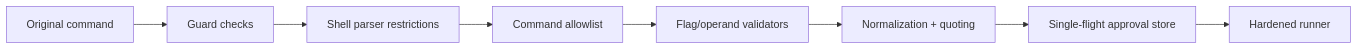
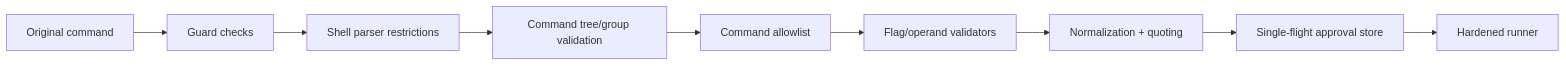
The fourth of 4 diagrams in ARCHITECTURE.md (blackhat-7/readonly-bash), drawn with Mermaid before and after one commit. The commit also changed other lines of this file and 2 other files, not shown here.

Commit message:
feat: enhance classifier with command tree parsing and safe shell subset enforcement

````diff
--- a/ARCHITECTURE.md
+++ b/ARCHITECTURE.md
@@ -79,10 +92,11 @@
 ```mermaid
 flowchart LR
   A[Original command] --> B[Guard checks]
   B --> C[Shell parser restrictions]
-  C --> D[Command allowlist]
-  D --> E[Flag/operand validators]
-  E --> F[Normalization + quoting]
-  F --> G[Single-flight approval store]
-  G --> H[Hardened runner]
+  C --> D[Command tree/group validation]
+  D --> E[Command allowlist]
+  E --> F[Flag/operand validators]
+  F --> G[Normalization + quoting]
+  G --> H[Single-flight approval store]
+  H --> I[Hardened runner]
 ```
````
